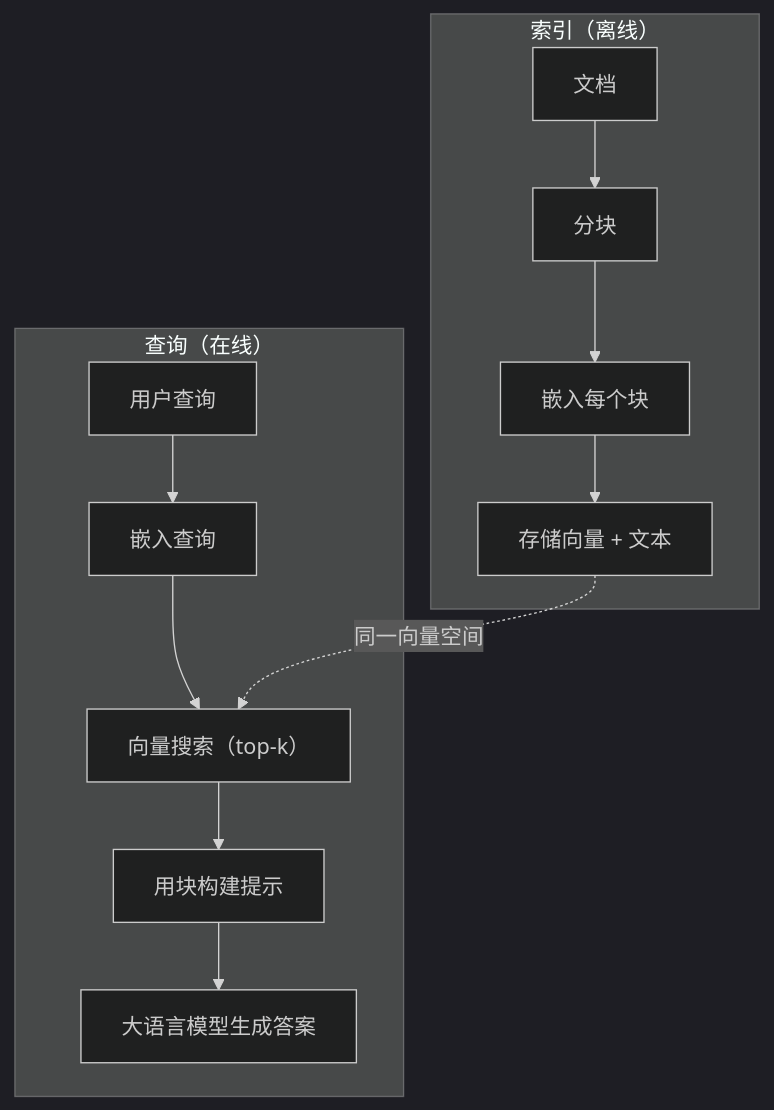
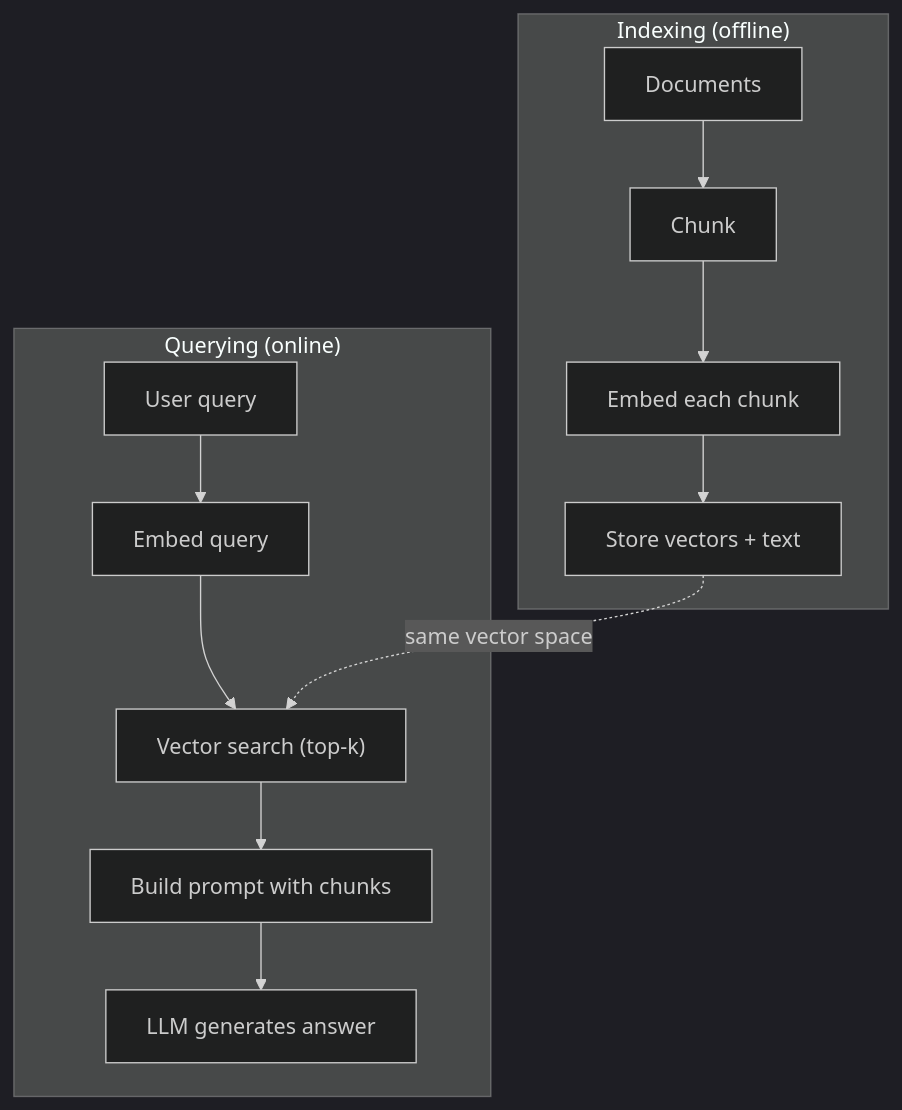
The second of 2 diagrams in i18n/zh/phases/11-llm-engineering/06-rag/docs/zh.md (xiaojiaenen/ai-engineering-from-scratch-zh), drawn with Mermaid (dark theme) before and after one commit. The commit also changed other lines of this file and 17 other files, not shown here.

````diff
--- a/i18n/zh/phases/11-llm-engineering/06-rag/docs/zh.md
+++ b/i18n/zh/phases/11-llm-engineering/06-rag/docs/zh.md
@@ -150,17 +150,17 @@
 ```mermaid
 graph TD
-    subgraph "索引（离线）"
-        D["文档"] --> C["分块"]
-        C --> E["嵌入每个块"]
-        E --> S["存储向量 + 文本"]
+    subgraph "Indexing (offline)"
+        D["Documents"] --> C["Chunk"]
+        C --> E["Embed each chunk"]
+        E --> S["Store vectors + text"]
     end
 
-    subgraph "查询（在线）"
-        Q["用户查询"] --> QE["嵌入查询"]
-        QE --> VS["向量搜索（top-k）"]
-        VS --> P["用块构建提示"]
-        P --> LLM["大语言模型生成答案"]
+    subgraph "Querying (online)"
+        Q["User query"] --> QE["Embed query"]
+        QE --> VS["Vector search (top-k)"]
+        VS --> P["Build prompt with chunks"]
+        P --> LLM["LLM generates answer"]
     end
 
-    S -.->|"同一向量空间"| VS
+    S -.->|"same vector space"| VS
 ```
````
